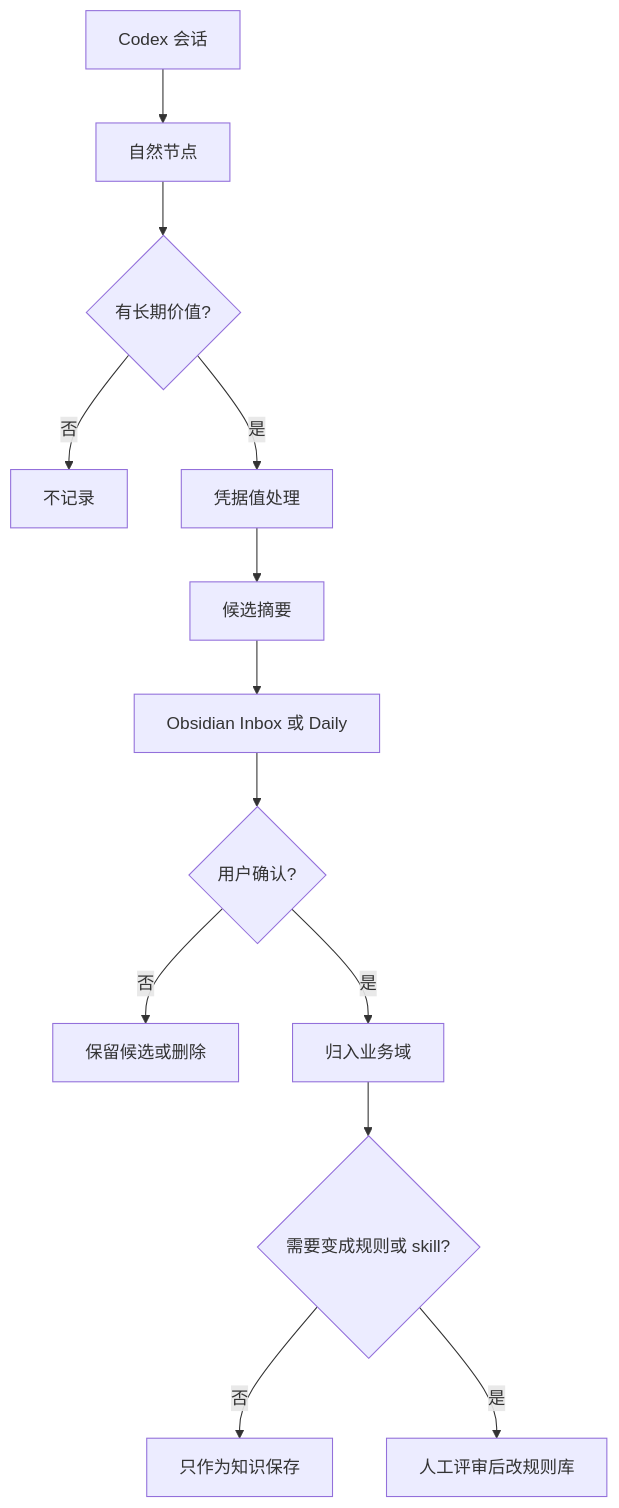
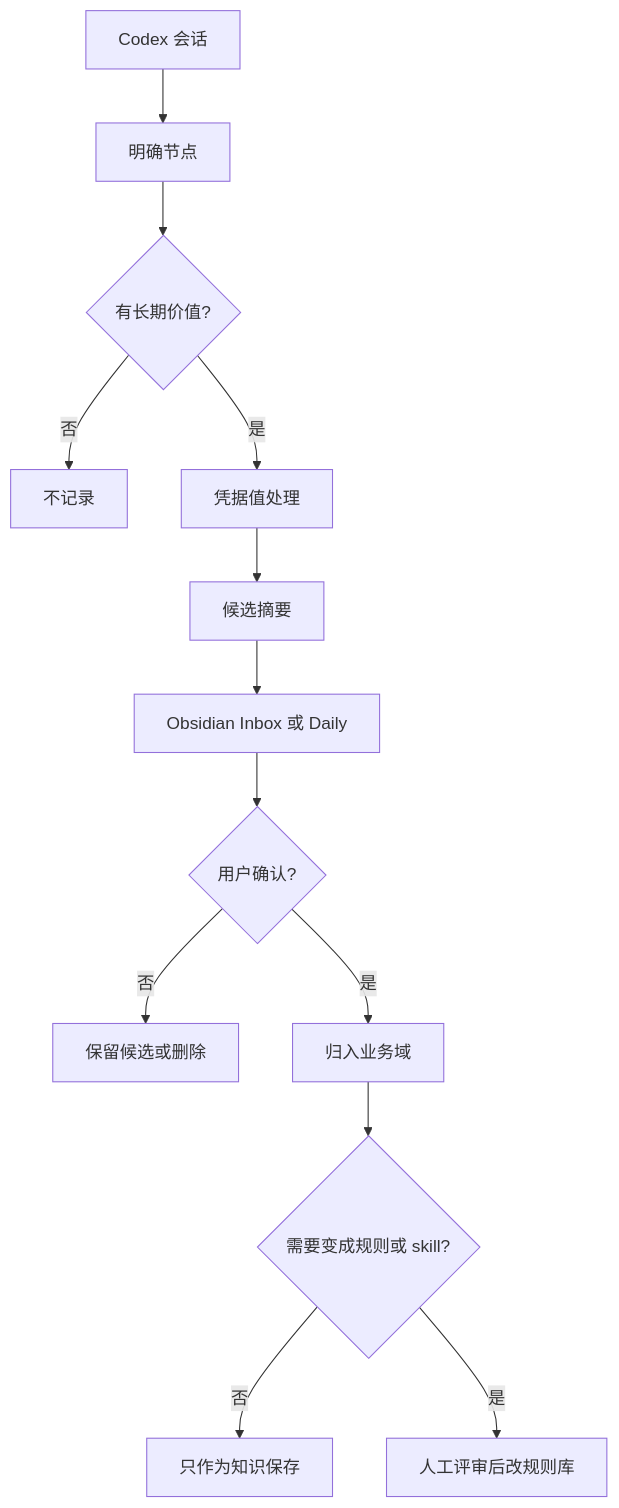
Before and after one commit to hugang20230316/ai-agent: the diagram in docs/superpowers/specs/2026-05-17-codex-obsidian-personal-log-design.md, drawn with Mermaid. The commit also changed other lines of this file and 23 other files, not shown here.

````diff
--- a/docs/superpowers/specs/2026-05-17-codex-obsidian-personal-log-design.md
+++ b/docs/superpowers/specs/2026-05-17-codex-obsidian-personal-log-design.md
@@ -46,15 +46,15 @@
 ```mermaid
 flowchart TD
-  A[Codex 会话] --> B[自然节点]
+  A[Codex 会话] --> B[明确节点]
   B --> C{有长期价值?}
   C -- 否 --> D[不记录]
   C -- 是 --> E[凭据值处理]
   E --> F[候选摘要]
   F --> G[Obsidian Inbox 或 Daily]
   G --> H{用户确认?}
   H -- 否 --> I[保留候选或删除]
   H -- 是 --> J[归入业务域]
   J --> K{需要变成规则或 skill?}
   K -- 否 --> L[只作为知识保存]
   K -- 是 --> M[人工评审后改规则库]
 ```
````
